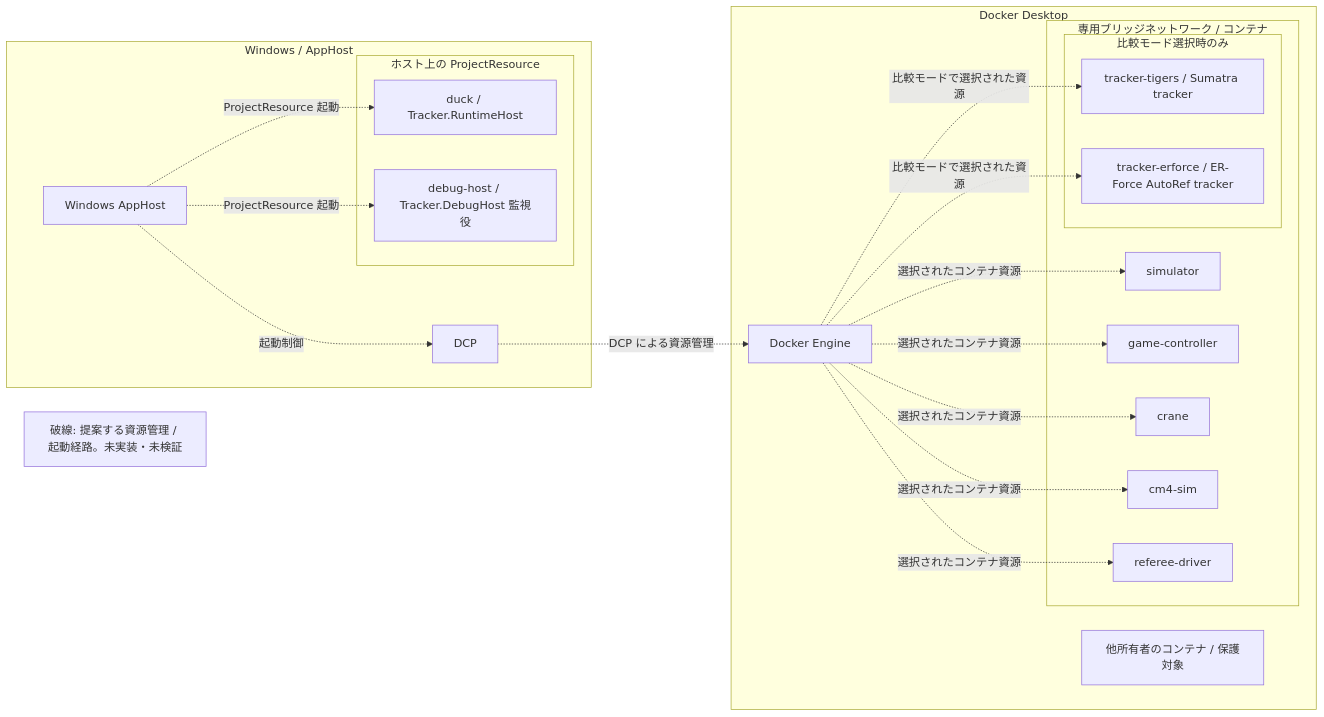
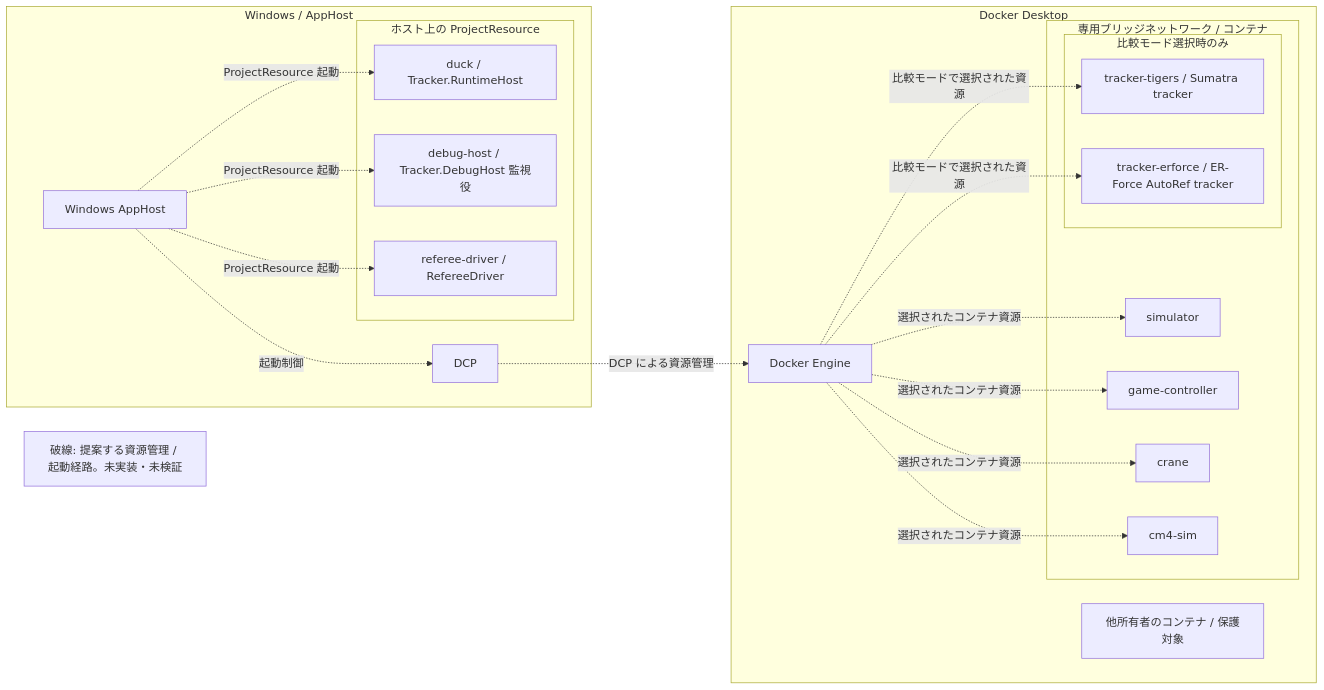
Before and after one commit to ibis-ssl/Duck: the first of 3 diagrams in Tracker/Design/Testing/aspire-simulation-test-environment.md, drawn with Mermaid. The commit also changed other lines of this file, not shown here.

Commit message:
docs: align AppHost diagrams with ProjectResource ownership

````diff
--- a/Tracker/Design/Testing/aspire-simulation-test-environment.md
+++ b/Tracker/Design/Testing/aspire-simulation-test-environment.md
@@ -35,38 +35,38 @@
 ```mermaid
 flowchart LR
  subgraph win[Windows / AppHost]
   app[Windows AppHost]
   dcp[DCP]
   subgraph projects[ホスト上の ProjectResource]
    duck[duck / Tracker.RuntimeHost]
    debug[debug-host / Tracker.DebugHost 監視役]
+   ref[referee-driver / RefereeDriver]
   end
   app -. 起動制御 .-> dcp
   app -. ProjectResource 起動 .-> duck
   app -. ProjectResource 起動 .-> debug
+  app -. ProjectResource 起動 .-> ref
  end
  subgraph desktop[Docker Desktop]
   engine[Docker Engine]
   subgraph bridge[専用ブリッジネットワーク / コンテナ]
    sim[simulator]
    gc[game-controller]
    crane[crane]
    cm4[cm4-sim]
-   ref[referee-driver]
    subgraph optional[比較モード選択時のみ]
     tigers[tracker-tigers / Sumatra tracker]
     erforce[tracker-erforce / ER-Force AutoRef tracker]
    end
   end
   foreign[他所有者のコンテナ / 保護対象]
  end
  dcp -. DCP による資源管理 .-> engine
  engine -. 選択されたコンテナ資源 .-> sim
  engine -. 選択されたコンテナ資源 .-> gc
  engine -. 選択されたコンテナ資源 .-> crane
  engine -. 選択されたコンテナ資源 .-> cm4
- engine -. 選択されたコンテナ資源 .-> ref
  engine -. 比較モードで選択された資源 .-> tigers
  engine -. 比較モードで選択された資源 .-> erforce
  legend[破線: 提案する資源管理 / 起動経路。未実装・未検証]
 ```
````
